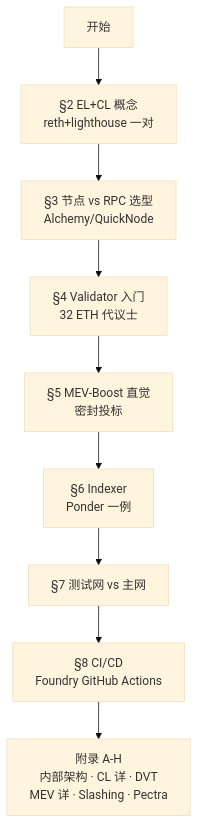
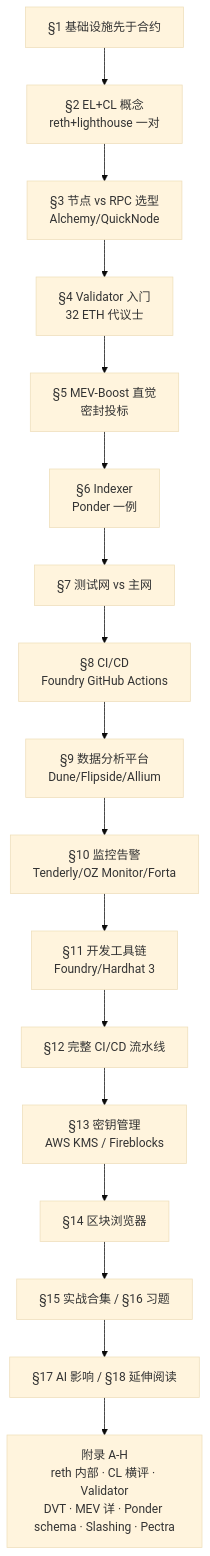
One commit to ChuwuYo/misc-files changed the first of 24 diagrams in web3-engineer-guide/11-基础设施与工具/README.md. Above: the diagram before and after it, drawn with Mermaid (base theme). The commit also changed other lines of this file and 11 other files, not shown here.

````diff
--- a/web3-engineer-guide/11-基础设施与工具/README.md
+++ b/web3-engineer-guide/11-基础设施与工具/README.md
@@ -15,11 +17,19 @@
 ```mermaid
 flowchart TD
-    Start[开始] --> EL[§2 EL+CL 概念<br/>reth+lighthouse 一对]
+    Start[§1 基础设施先于合约] --> EL[§2 EL+CL 概念<br/>reth+lighthouse 一对]
     EL --> RPC[§3 节点 vs RPC 选型<br/>Alchemy/QuickNode]
     RPC --> Val[§4 Validator 入门<br/>32 ETH 代议士]
     Val --> MEV[§5 MEV-Boost 直觉<br/>密封投标]
     MEV --> Idx[§6 Indexer<br/>Ponder 一例]
     Idx --> Net[§7 测试网 vs 主网]
     Net --> CI[§8 CI/CD<br/>Foundry GitHub Actions]
-    CI --> App[附录 A-H<br/>内部架构 · CL 详 · DVT<br/>MEV 详 · Slashing · Pectra]
+    CI --> Data[§9 数据分析平台<br/>Dune/Flipside/Allium]
+    Data --> Mon[§10 监控告警<br/>Tenderly/OZ Monitor/Forta]
+    Mon --> Tool[§11 开发工具链<br/>Foundry/Hardhat 3]
+    Tool --> Pipe[§12 完整 CI/CD 流水线]
+    Pipe --> Key[§13 密钥管理<br/>AWS KMS / Fireblocks]
+    Key --> Exp[§14 区块浏览器]
+    Exp --> Lab[§15 实战合集 / §16 习题]
+    Lab --> AI[§17 AI 影响 / §18 延伸阅读]
+    AI --> App[附录 A-H<br/>reth 内部 · CL 横评 · Validator<br/>DVT · MEV 详 · Ponder schema · Slashing · Pectra]
 ```
````
